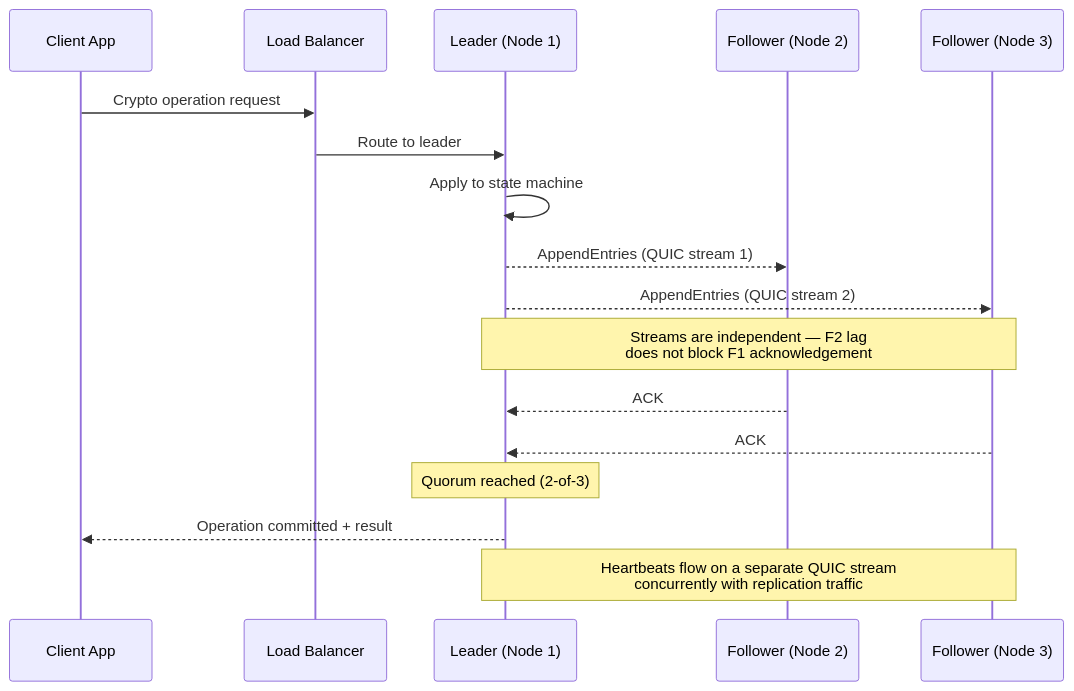
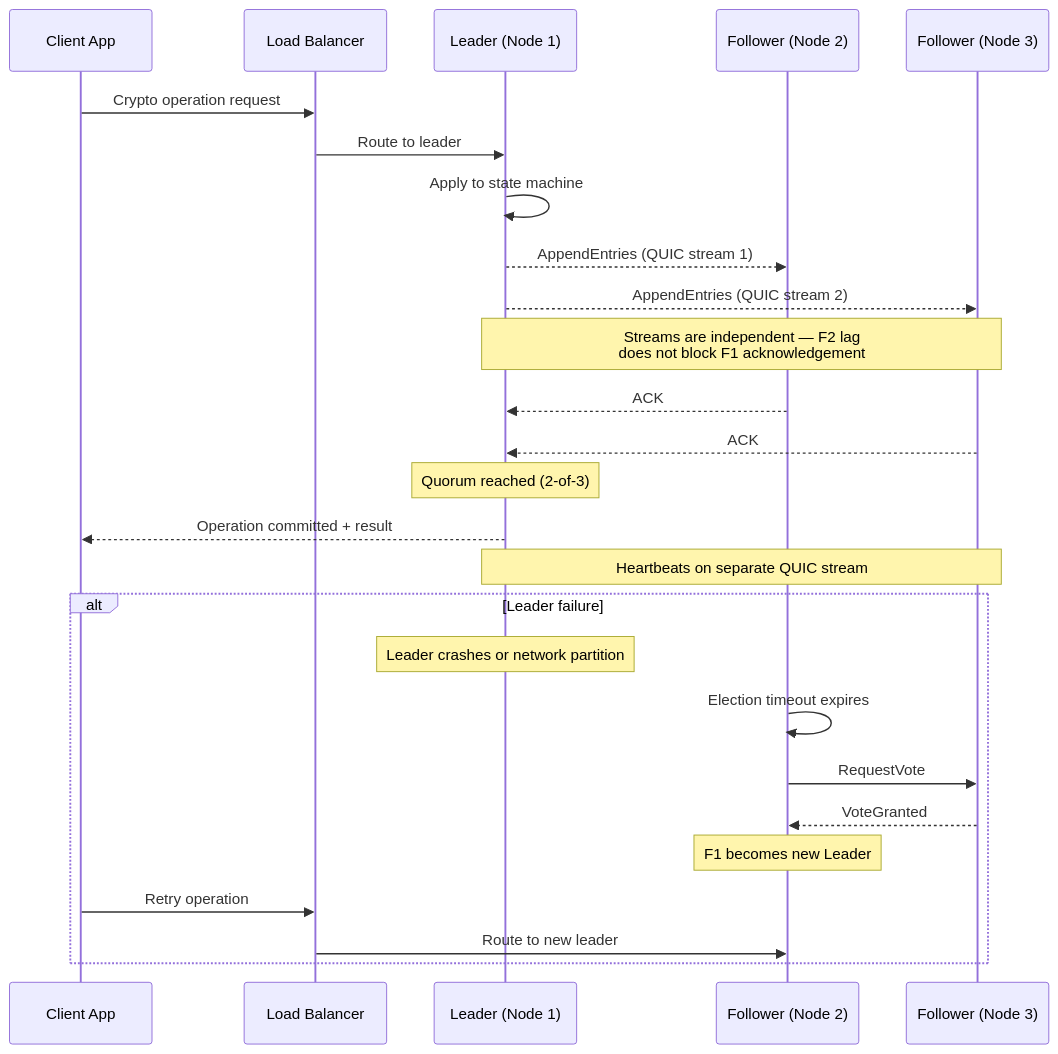
Before and after one commit to sonoransun/multicraton-hsm-testnet: diagram 11 of 16 in README.md, drawn with Mermaid. The commit also changed other lines of this file and 28 other files, not shown here.

````diff
--- a/README.md
+++ b/README.md
@@ -337,24 +370,34 @@
 ```mermaid
 sequenceDiagram
     participant C as Client App
     participant LB as Load Balancer
     participant L as Leader (Node 1)
     participant F1 as Follower (Node 2)
     participant F2 as Follower (Node 3)
 
     C->>LB: Crypto operation request
     LB->>L: Route to leader
 
     L->>L: Apply to state machine
     L-->>F1: AppendEntries (QUIC stream 1)
     L-->>F2: AppendEntries (QUIC stream 2)
     Note over L,F2: Streams are independent — F2 lag<br/>does not block F1 acknowledgement
 
     F1-->>L: ACK
     F2-->>L: ACK
     Note over L: Quorum reached (2-of-3)
 
     L-->>C: Operation committed + result
 
-    Note over L,F2: Heartbeats flow on a separate QUIC stream<br/>concurrently with replication traffic
+    Note over L,F2: Heartbeats on separate QUIC stream
+
+    alt Leader failure
+        Note over L: Leader crashes or network partition
+        F1->>F1: Election timeout expires
+        F1->>F2: RequestVote
+        F2-->>F1: VoteGranted
+        Note over F1: F1 becomes new Leader
+        C->>LB: Retry operation
+        LB->>F1: Route to new leader
+    end
 ```
````
